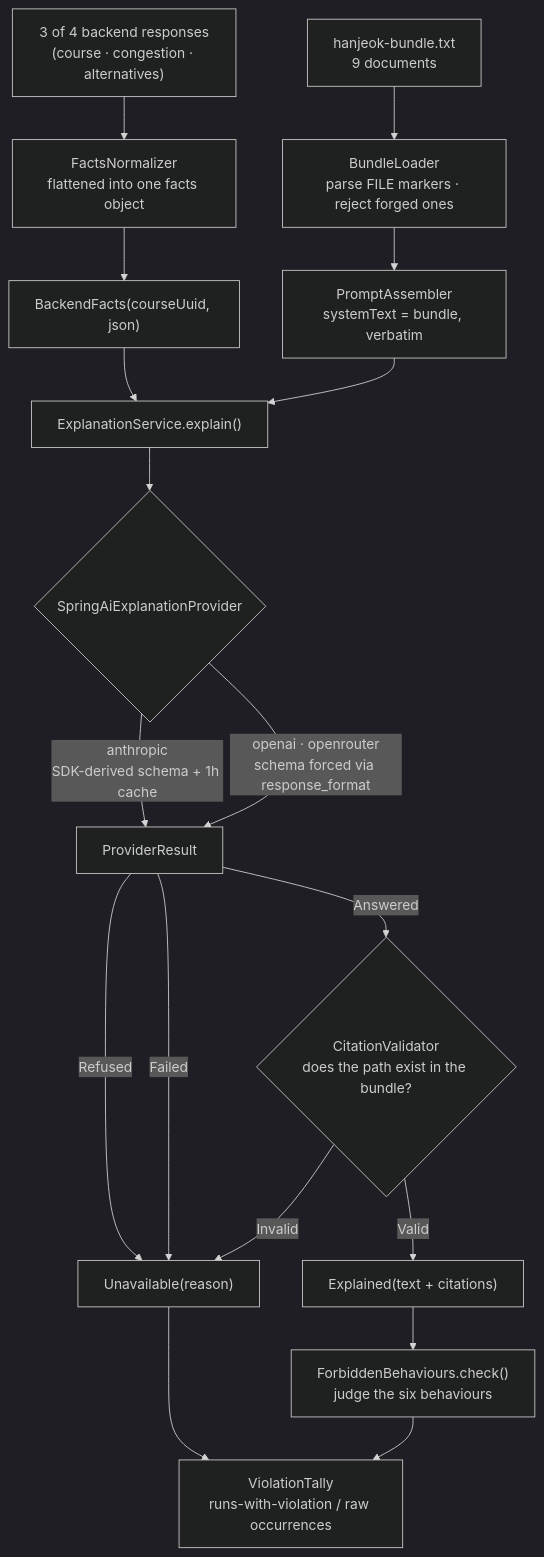
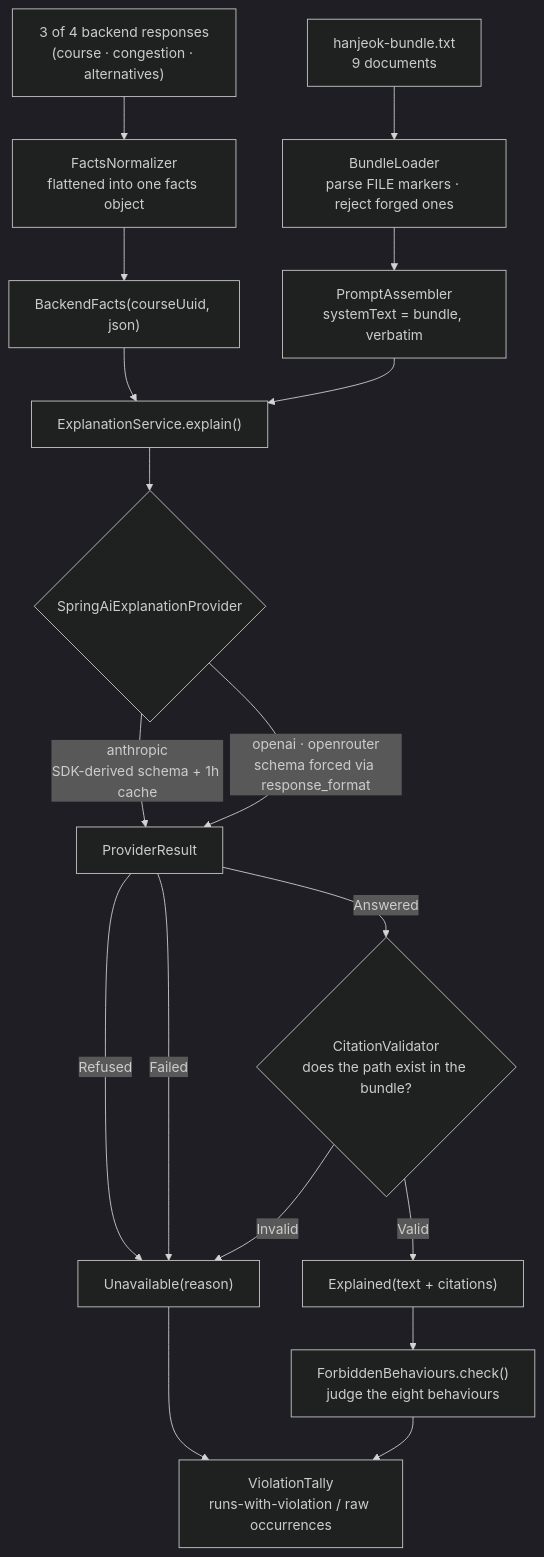
Before and after one commit to hyunolike/hermes-agent: the diagram in README.en.md, drawn with Mermaid (dark theme). The commit also changed other lines of this file and 1 other file, not shown here.

````diff
--- a/README.en.md
+++ b/README.en.md
@@ -68,26 +68,26 @@
 ```mermaid
 flowchart TD
     A["3 of 4 backend responses<br/>(course · congestion · alternatives)"] --> B["FactsNormalizer<br/>flattened into one facts object"]
     B --> C["BackendFacts(courseUuid, json)"]
 
     D["hanjeok-bundle.txt<br/>9 documents"] --> E["BundleLoader<br/>parse FILE markers · reject forged ones"]
     E --> F["PromptAssembler<br/>systemText = bundle, verbatim"]
 
     C --> G["ExplanationService.explain()"]
     F --> G
 
     G --> H{"SpringAiExplanationProvider"}
     H -->|"anthropic<br/>SDK-derived schema + 1h cache"| I["ProviderResult"]
     H -->|"openai · openrouter<br/>schema forced via response_format"| I
 
     I -->|Refused| X["Unavailable(reason)"]
     I -->|Failed| X
     I -->|Answered| J{"CitationValidator<br/>does the path exist in the bundle?"}
 
     J -->|Invalid| X
     J -->|Valid| K["Explained(text + citations)"]
 
-    K --> L["ForbiddenBehaviours.check()<br/>judge the six behaviours"]
+    K --> L["ForbiddenBehaviours.check()<br/>judge the eight behaviours"]
     X --> M["ViolationTally<br/>runs-with-violation / raw occurrences"]
     L --> M
 ```
````
